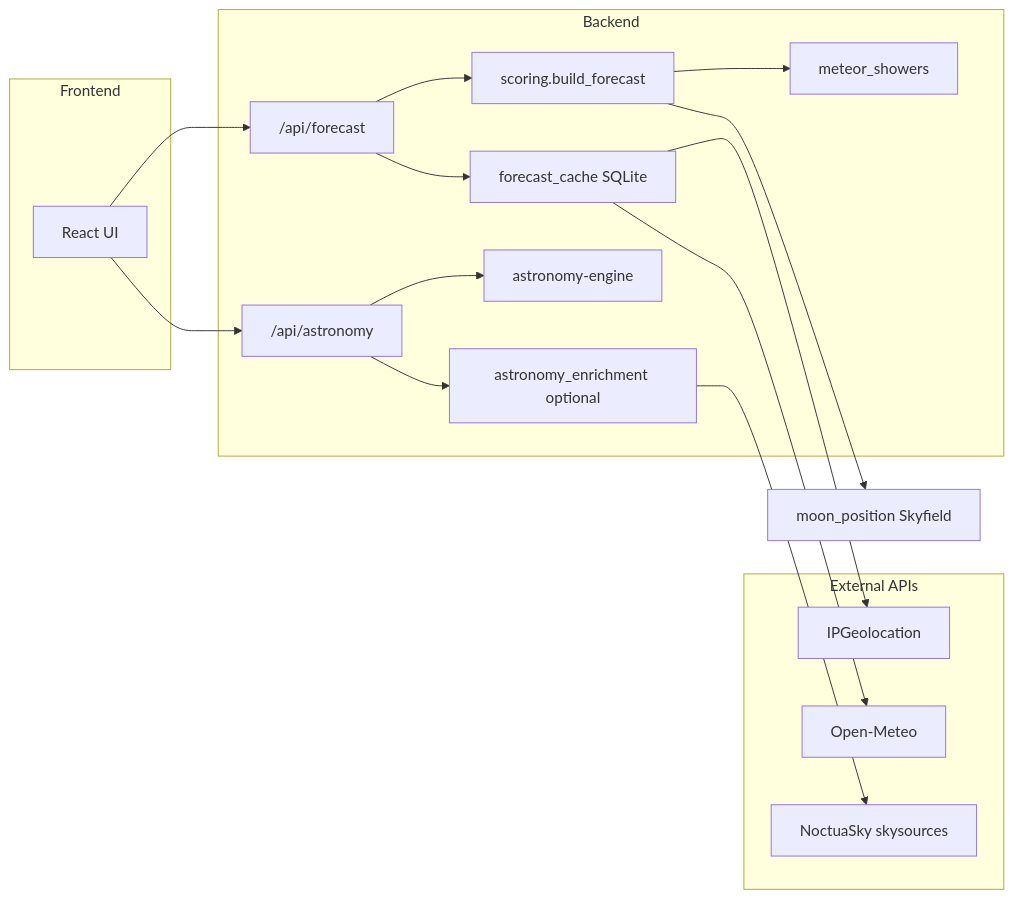
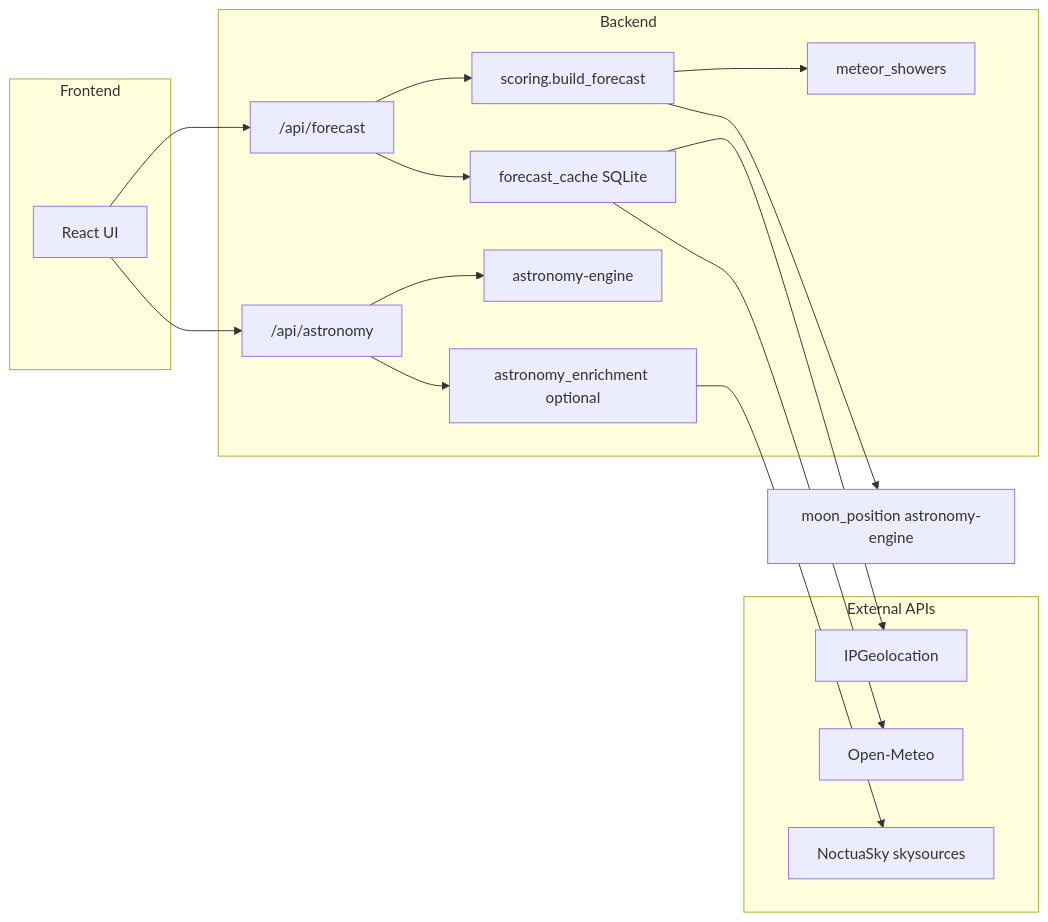
One commit to jlaw3855/finderscope-app changed the diagram in README.md. Above: the diagram before and after it, drawn with Mermaid. The commit also changed other lines of this file and 68 other files, not shown here.

First line of the commit message:
Migrate moon scoring to astronomy-engine and add visual E2E baselines.

````diff
--- a/README.md
+++ b/README.md
@@ -205,31 +233,31 @@
 ```mermaid
 flowchart LR
   subgraph frontend [Frontend]
     UI[React UI]
   end
   subgraph backend [Backend]
     ForecastRouter["/api/forecast"]
     ForecastCache[forecast_cache SQLite]
     Scoring[scoring.build_forecast]
     MeteorSvc[meteor_showers]
     AstronomyRouter["/api/astronomy"]
     AstroEngine[astronomy-engine]
     NoctuaEnrich[astronomy_enrichment optional]
   end
   subgraph external [External APIs]
     IPGeo[IPGeolocation]
     OpenMeteo[Open-Meteo]
     Noctua[NoctuaSky skysources]
   end
   UI --> ForecastRouter
   ForecastRouter --> ForecastCache
   ForecastCache --> IPGeo
   ForecastCache --> OpenMeteo
   ForecastRouter --> Scoring
   Scoring --> MeteorSvc
-  Scoring --> MoonPos[moon_position Skyfield]
+  Scoring --> MoonPos[moon_position astronomy-engine]
   UI --> AstronomyRouter
   AstronomyRouter --> AstroEngine
   AstronomyRouter --> NoctuaEnrich
   NoctuaEnrich --> Noctua
 ```
````
